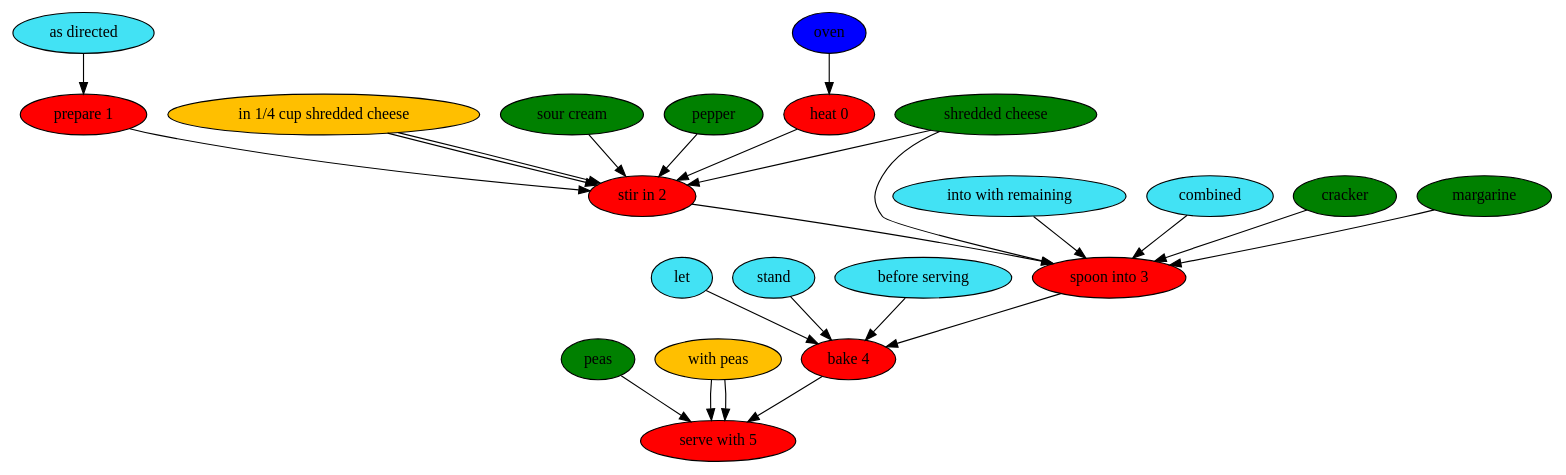
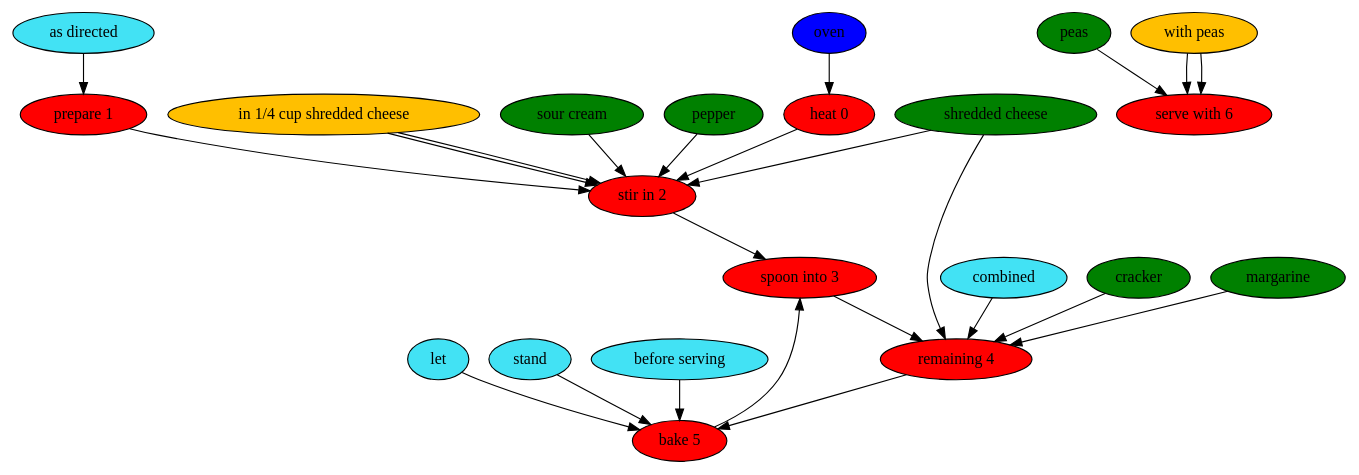
The diagram in results/paper/home-baked-macaroni--cheese.dot (can-keklik/RecipePostagger), drawn with Graphviz before and after one commit. The commit also changed 36 other files, not shown here.

```diff
--- a/results/paper/home-baked-macaroni--cheese.dot
+++ b/results/paper/home-baked-macaroni--cheese.dot
@@ -1,49 +1,49 @@
 digraph G {
 "heat 0" [style=filled, fillcolor=red];
 oven [style=filled, fillcolor="#0000ff"];
 oven -> "heat 0";
 "prepare 1" [style=filled, fillcolor=red];
 "as directed" [style=filled, fillcolor="#42e2f4"];
 "as directed" -> "prepare 1";
 "stir in 2" [style=filled, fillcolor=red];
 "shredded cheese" [style=filled, fillcolor=green];
 "shredded cheese" -> "stir in 2";
 "in 1/4 cup shredded cheese" [style=filled, fillcolor="#01DFA5"];
 "in 1/4 cup shredded cheese" -> "stir in 2";
 "sour cream" [style=filled, fillcolor=green];
 "sour cream" -> "stir in 2";
 pepper [style=filled, fillcolor=green];
 pepper -> "stir in 2";
 "in 1/4 cup shredded cheese" [style=filled, fillcolor="#FFBF00"];
 "in 1/4 cup shredded cheese" -> "stir in 2";
 "spoon into 3" [style=filled, fillcolor=red];
-"into with remaining" [style=filled, fillcolor="#42e2f4"];
-"into with remaining" -> "spoon into 3";
+"remaining 4" [style=filled, fillcolor=red];
 combined [style=filled, fillcolor="#42e2f4"];
-combined -> "spoon into 3";
+combined -> "remaining 4";
 "shredded cheese" [style=filled, fillcolor=green];
-"shredded cheese" -> "spoon into 3";
+"shredded cheese" -> "remaining 4";
 cracker [style=filled, fillcolor=green];
-cracker -> "spoon into 3";
+cracker -> "remaining 4";
 margarine [style=filled, fillcolor=green];
-margarine -> "spoon into 3";
-"bake 4" [style=filled, fillcolor=red];
+margarine -> "remaining 4";
+"bake 5" [style=filled, fillcolor=red];
 let [style=filled, fillcolor="#42e2f4"];
-let -> "bake 4";
+let -> "bake 5";
 stand [style=filled, fillcolor="#42e2f4"];
-stand -> "bake 4";
+stand -> "bake 5";
 "before serving" [style=filled, fillcolor="#42e2f4"];
-"before serving" -> "bake 4";
-"serve with 5" [style=filled, fillcolor=red];
+"before serving" -> "bake 5";
+"serve with 6" [style=filled, fillcolor=red];
 peas [style=filled, fillcolor=green];
-peas -> "serve with 5";
+peas -> "serve with 6";
 "with peas" [style=filled, fillcolor="#01DFA5"];
-"with peas" -> "serve with 5";
+"with peas" -> "serve with 6";
 "with peas" [style=filled, fillcolor="#FFBF00"];
-"with peas" -> "serve with 5";
+"with peas" -> "serve with 6";
 "heat 0" -> "stir in 2";
 "prepare 1" -> "stir in 2";
 "stir in 2" -> "spoon into 3";
-"spoon into 3" -> "bake 4";
-"bake 4" -> "serve with 5";
+"spoon into 3" -> "remaining 4";
+"remaining 4" -> "bake 5";
+"bake 5" -> "spoon into 3";
 }
```
